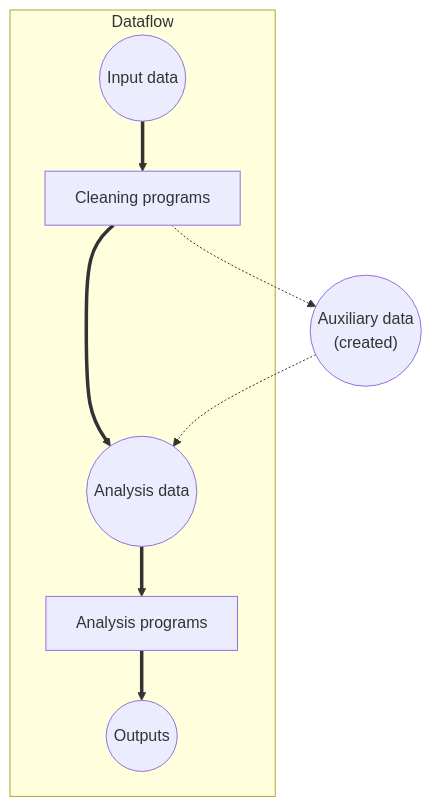
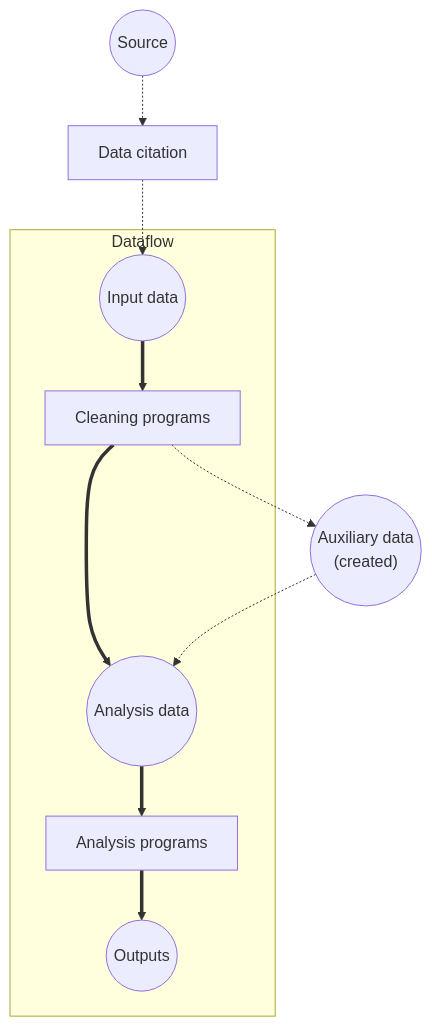
The diagram in Requested_information.md (social-science-data-editors/guidance), drawn with Mermaid before and after one commit. The commit also changed other lines of this file and 1 other file, not shown here.

```diff
--- a/Requested_information.md
+++ b/Requested_information.md
@@ -18,12 +18,13 @@
 <div class="mermaid">
 graph TD;
     subgraph Dataflow;
     A((Input data)) ==>  B[Cleaning programs];
     B ==> C((Analysis data));
     C ==> D[Analysis programs] 
     D ==> E((Outputs));
     end;
     B -.-> F(("Auxiliary data<br/>(created)"));
     F -.-> C;
+    Z((Source)) -.-> X[Data citation] -.-> A;
     
 </div>
```
